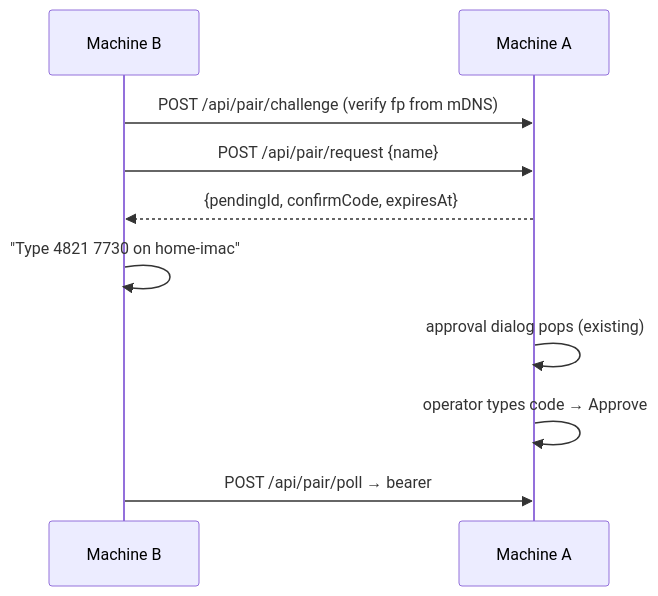
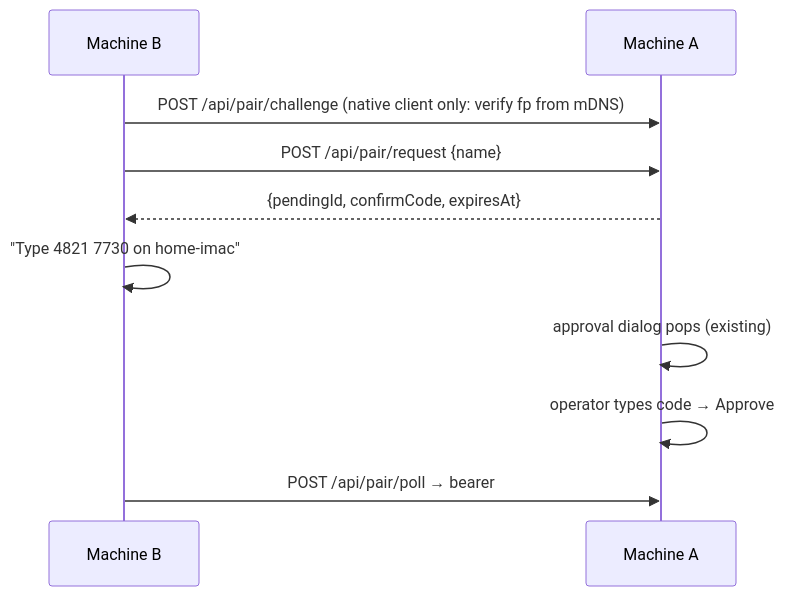
The diagram in openspec/changes/add-lan-knock-pairing/proposal.md (BlackBeltTechnology/pi-agent-dashboard), drawn with Mermaid before and after one commit. The commit also changed other lines of this file and 16 other files, not shown here.

````diff
--- a/openspec/changes/add-lan-knock-pairing/proposal.md
+++ b/openspec/changes/add-lan-knock-pairing/proposal.md
@@ -7,12 +7,12 @@
 ```mermaid
 sequenceDiagram
   participant B as Machine B
   participant A as Machine A
-  B->>A: POST /api/pair/challenge (verify fp from mDNS)
+  B->>A: POST /api/pair/challenge (native client only: verify fp from mDNS)
   B->>A: POST /api/pair/request {name}
   A-->>B: {pendingId, confirmCode, expiresAt}
   B->>B: "Type 4821 7730 on home-imac"
   A->>A: approval dialog pops (existing)
   A->>A: operator types code → Approve
   B->>A: POST /api/pair/poll → bearer
 ```
````
